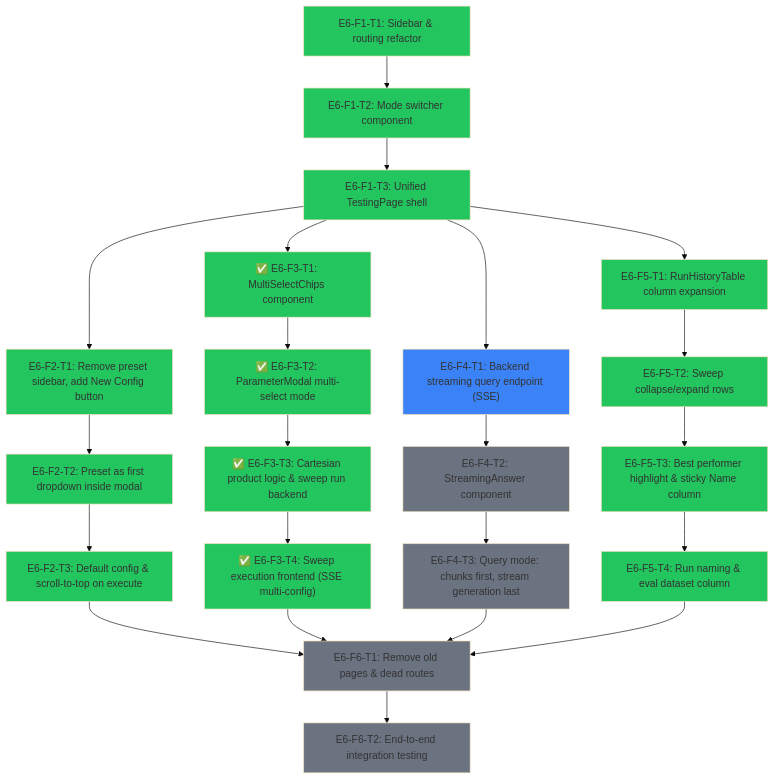
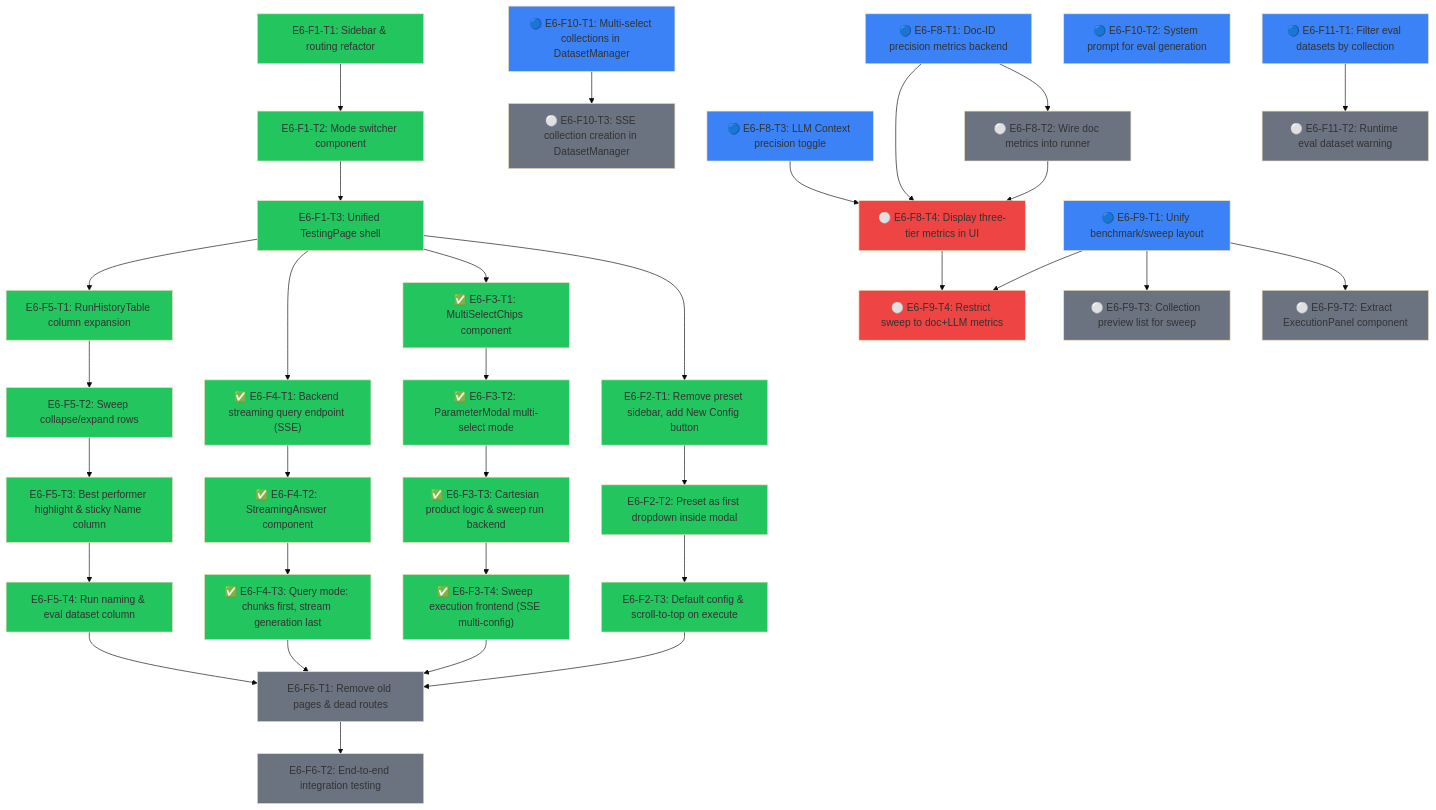
One commit to Vutiot/EvenementsRAG changed the diagram in roadmap_unification.md. Above: the diagram before and after it, drawn with Mermaid (base theme). The commit also changed other lines of this file, not shown here.

First line of the commit message:
docs: update roadmap with merged F2-F5 status and add F8/F9 tasks

````diff
--- a/roadmap_unification.md
+++ b/roadmap_unification.md
@@ -27,9 +27,9 @@
   E6F3T3["✅ E6-F3-T3: Cartesian product logic & sweep run backend"]
   E6F3T4["✅ E6-F3-T4: Sweep execution frontend (SSE multi-config)"]
 
-  E6F4T1["E6-F4-T1: Backend streaming query endpoint (SSE)"]
-  E6F4T2["E6-F4-T2: StreamingAnswer component"]
-  E6F4T3["E6-F4-T3: Query mode: chunks first, stream generation last"]
+  E6F4T1["✅ E6-F4-T1: Backend streaming query endpoint (SSE)"]
+  E6F4T2["✅ E6-F4-T2: StreamingAnswer component"]
+  E6F4T3["✅ E6-F4-T3: Query mode: chunks first, stream generation last"]
 
   E6F5T1["E6-F5-T1: RunHistoryTable column expansion"]
   E6F5T2["E6-F5-T2: Sweep collapse/expand rows"]
@@ -66,6 +66,37 @@
   E6F5T4 --> E6F6T1
   E6F6T1 --> E6F6T2
 
+  E6F8T1["🔵 E6-F8-T1: Doc-ID precision metrics backend"]
+  E6F8T2["⚪ E6-F8-T2: Wire doc metrics into runner"]
+  E6F8T3["🔵 E6-F8-T3: LLM Context precision toggle"]
+  E6F8T4["⚪ E6-F8-T4: Display three-tier metrics in UI"]
+
+  E6F9T1["🔵 E6-F9-T1: Unify benchmark/sweep layout"]
+  E6F9T2["⚪ E6-F9-T2: Extract ExecutionPanel component"]
+  E6F9T3["⚪ E6-F9-T3: Collection preview list for sweep"]
+  E6F9T4["⚪ E6-F9-T4: Restrict sweep to doc+LLM metrics"]
+
+  E6F10T1["🔵 E6-F10-T1: Multi-select collections in DatasetManager"]
+  E6F10T2["🔵 E6-F10-T2: System prompt for eval generation"]
+  E6F10T3["⚪ E6-F10-T3: SSE collection creation in DatasetManager"]
+
+  E6F11T1["🔵 E6-F11-T1: Filter eval datasets by collection"]
+  E6F11T2["⚪ E6-F11-T2: Runtime eval dataset warning"]
+
+  E6F8T1 --> E6F8T2
+  E6F8T1 --> E6F8T4
+  E6F8T3 --> E6F8T4
+  E6F8T2 --> E6F8T4
+
+  E6F9T1 --> E6F9T2
+  E6F9T1 --> E6F9T3
+  E6F8T4 --> E6F9T4
+  E6F9T1 --> E6F9T4
+
+  E6F10T1 --> E6F10T3
+
+  E6F11T1 --> E6F11T2
+
   style E6F1T1 fill:#22c55e
   style E6F1T2 fill:#22c55e
   style E6F1T3 fill:#22c55e
@@ -76,13 +107,26 @@
   style E6F3T2 fill:#22c55e
   style E6F3T3 fill:#22c55e
   style E6F3T4 fill:#22c55e
-  style E6F4T1 fill:#3b82f6
-  style E6F4T2 fill:#6b7280
-  style E6F4T3 fill:#6b7280
+  style E6F4T1 fill:#22c55e
+  style E6F4T2 fill:#22c55e
+  style E6F4T3 fill:#22c55e
   style E6F5T1 fill:#22c55e
   style E6F5T2 fill:#22c55e
   style E6F5T3 fill:#22c55e
   style E6F5T4 fill:#22c55e
   style E6F6T1 fill:#6b7280
   style E6F6T2 fill:#6b7280
+  style E6F8T1 fill:#3b82f6
+  style E6F8T2 fill:#6b7280
+  style E6F8T3 fill:#3b82f6
+  style E6F8T4 fill:#ef4444
+  style E6F9T1 fill:#3b82f6
+  style E6F9T2 fill:#6b7280
+  style E6F9T3 fill:#6b7280
+  style E6F9T4 fill:#ef4444
+  style E6F10T1 fill:#3b82f6
+  style E6F10T2 fill:#3b82f6
+  style E6F10T3 fill:#6b7280
+  style E6F11T1 fill:#3b82f6
+  style E6F11T2 fill:#6b7280
 ```
````
